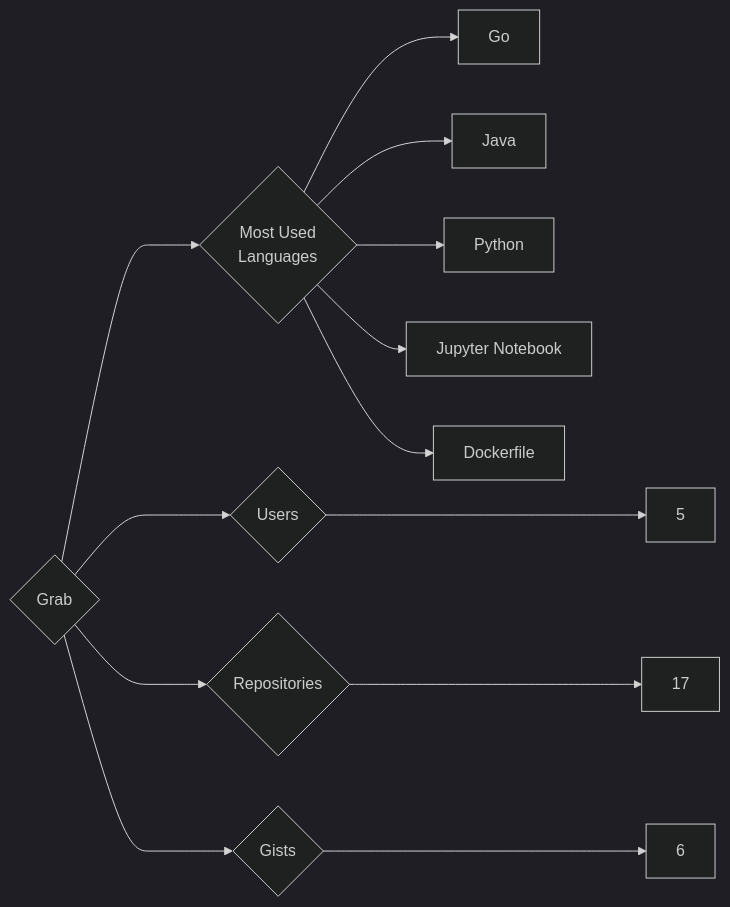
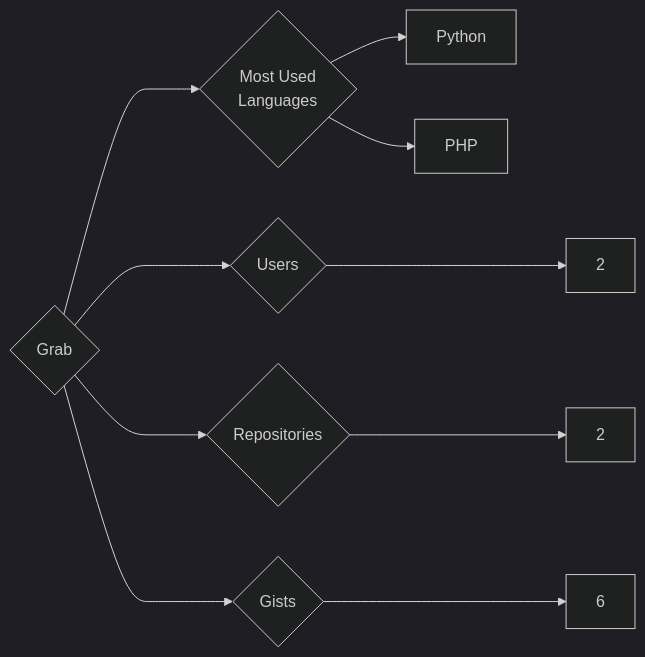
Before and after one commit to trickest/insiders: the diagram in targets/Grab/README.md, drawn with Mermaid (dark theme). The commit also changed 1023 other files, not shown here.

````diff
--- a/targets/Grab/README.md
+++ b/targets/Grab/README.md
@@ -3,13 +3,10 @@
 ```mermaid
 graph LR
 COMPANY_NAME{Grab}
-COMPANY_NAME ---> U{Users} ---> UN[5]
-COMPANY_NAME ---> R{Repositories} ---> RN[17]
+COMPANY_NAME ---> U{Users} ---> UN[2]
+COMPANY_NAME ---> R{Repositories} ---> RN[2]
 COMPANY_NAME ---> G{Gists} ---> GN[6]
 COMPANY_NAME ---> ML{Most Used<br>Languages}
-ML --> Go[Go]
-ML --> Java[Java]
 ML --> Python[Python]
-ML --> Jupyter_Notebook[Jupyter Notebook]
-ML --> Dockerfile[Dockerfile]
+ML --> PHP[PHP]
 ```
````
